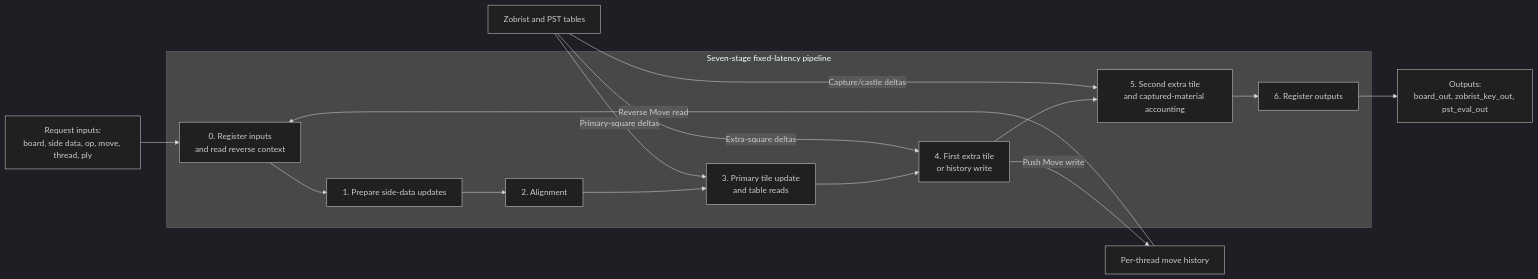
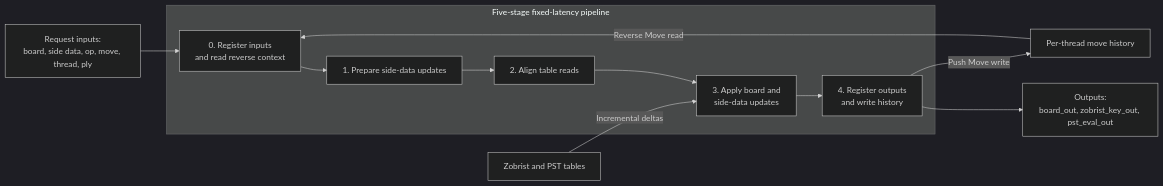
One commit to 3met/FPGA-Chess changed the diagram in docs/modules/board-update-pipeline.md. Above: the diagram before and after it, drawn with Mermaid (dark theme). The commit also changed other lines of this file and 20 other files, not shown here.

````diff
--- a/docs/modules/board-update-pipeline.md
+++ b/docs/modules/board-update-pipeline.md
@@ -48,24 +46,20 @@
 ```mermaid
 flowchart LR
     In["Request inputs:\nboard, side data, op, move, thread, ply"]
     Out["Outputs:\nboard_out, zobrist_key_out, pst_eval_out"]
     History["Per-thread move history"]
     Tables["Zobrist and PST tables"]
 
-    subgraph Pipe["Seven-stage fixed-latency pipeline"]
+    subgraph Pipe["Five-stage fixed-latency pipeline"]
         S0["0. Register inputs\nand read reverse context"]
         S1["1. Prepare side-data updates"]
-        S2["2. Alignment"]
-        S3["3. Primary tile update\nand table reads"]
-        S4["4. First extra tile\nor history write"]
-        S5["5. Second extra tile\nand captured-material accounting"]
-        S6["6. Register outputs"]
+        S2["2. Align table reads"]
+        S3["3. Apply board and\nside-data updates"]
+        S4["4. Register outputs\nand write history"]
     end
 
-    In --> S0 --> S1 --> S2 --> S3 --> S4 --> S5 --> S6 --> Out
+    In --> S0 --> S1 --> S2 --> S3 --> S4 --> Out
     History -->|"Reverse Move read"| S0
     S4 -->|"Push Move write"| History
-    Tables -->|"Primary-square deltas"| S3
-    Tables -->|"Extra-square deltas"| S4
-    Tables -->|"Capture/castle deltas"| S5
+    Tables -->|"Incremental deltas"| S3
 ```
````
